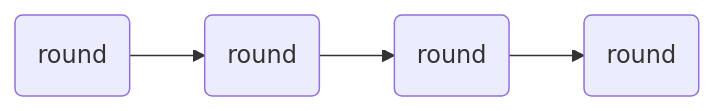
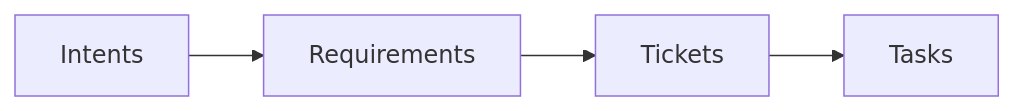
Before and after one commit to Gabriel-RABHI/ActionBridge: the diagram in README.md, drawn with Mermaid.

Commit message:
Fiwed Mermaid

````diff
--- a/README.md
+++ b/README.md
@@ -35,4 +35,4 @@
 ```mermaid
 flowchart LR
-Intents(round) --> Requirements(round) --> Tickets(round) --> Tasks(round)
+Intents --> Requirements --> Tickets --> Tasks
 ```
````
